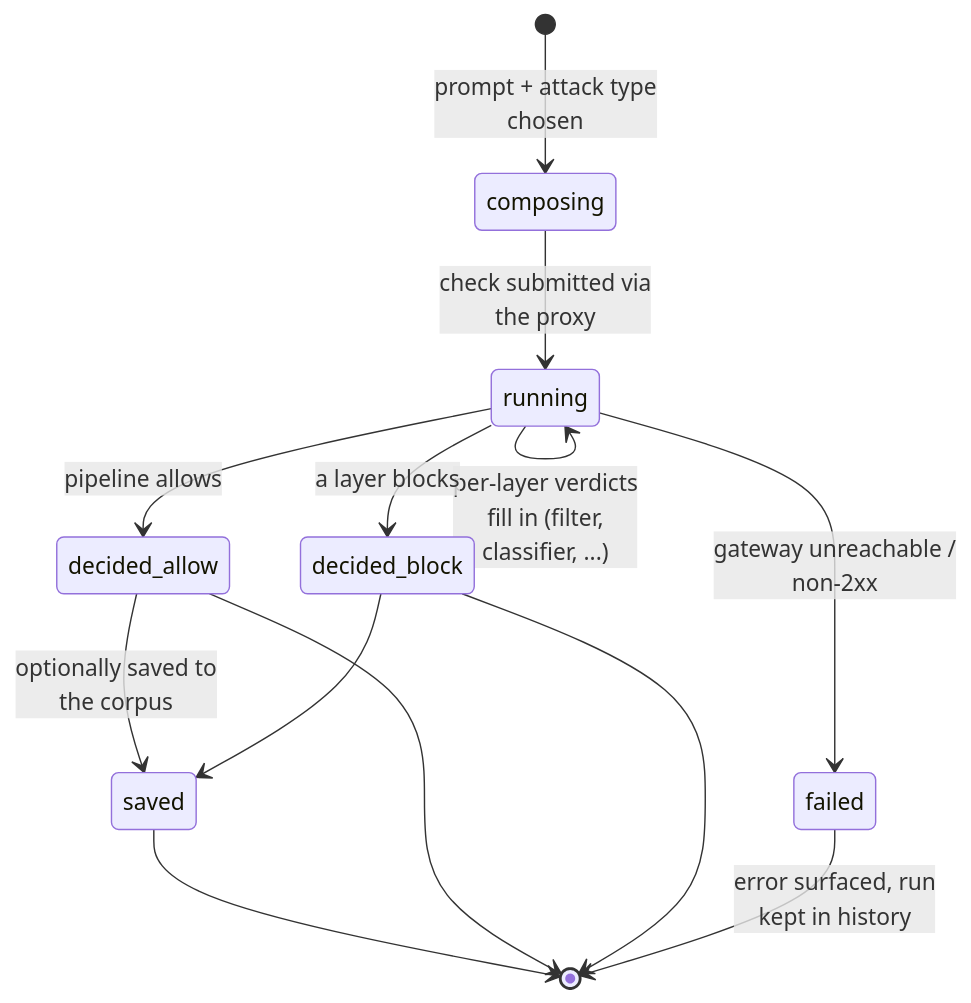
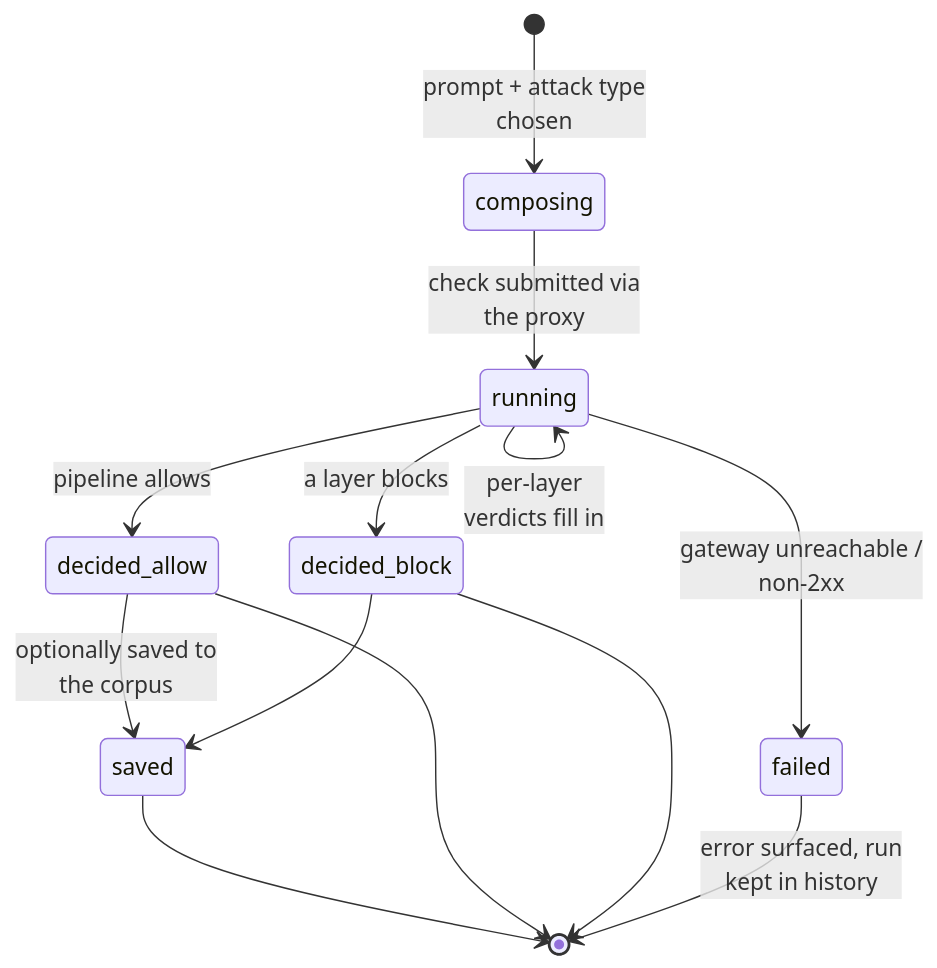
Before and after one commit to PACT-Toolkit/pact-web: the sixth of 6 diagrams in docs/architecture.md, drawn with Mermaid.

Commit message:
📝 shorten test-lab self-loop label to clear neighbor overlap

````diff
--- a/docs/architecture.md
+++ b/docs/architecture.md
@@ -180,15 +180,15 @@
 ```mermaid
 stateDiagram-v2
     [*] --> composing : prompt + attack type<br/>chosen
     composing --> running : check submitted via<br/>the proxy
-    running --> running : per-layer verdicts<br/>fill in (filter,<br/>classifier, ...)
+    running --> running : per-layer<br/>verdicts fill in
     running --> decided_allow : pipeline allows
     running --> decided_block : a layer blocks
     running --> failed : gateway unreachable /<br/>non-2xx
     decided_allow --> saved : optionally saved to<br/>the corpus
     decided_block --> saved
     saved --> [*]
     decided_allow --> [*]
     decided_block --> [*]
     failed --> [*] : error surfaced, run<br/>kept in history
 ```
````
